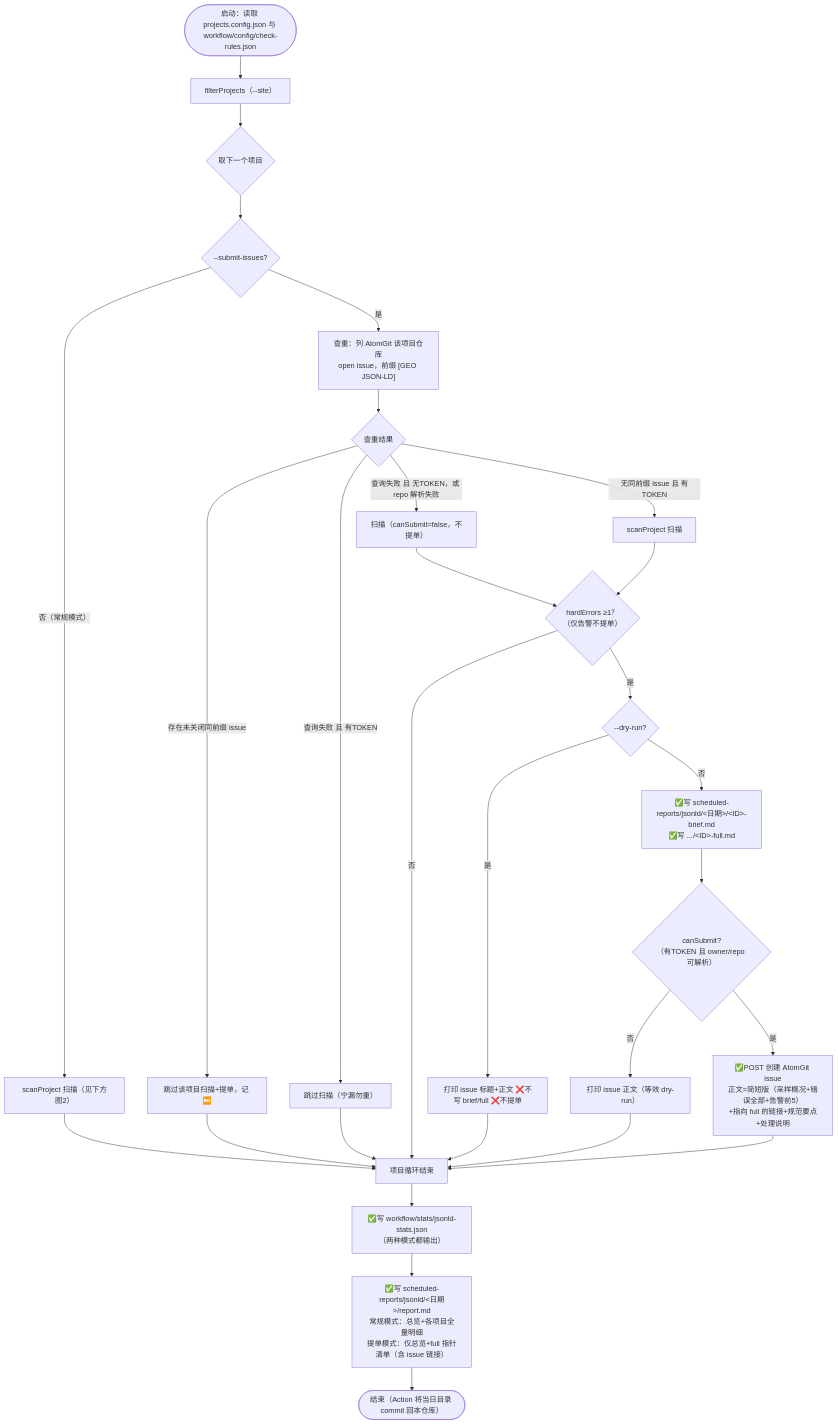
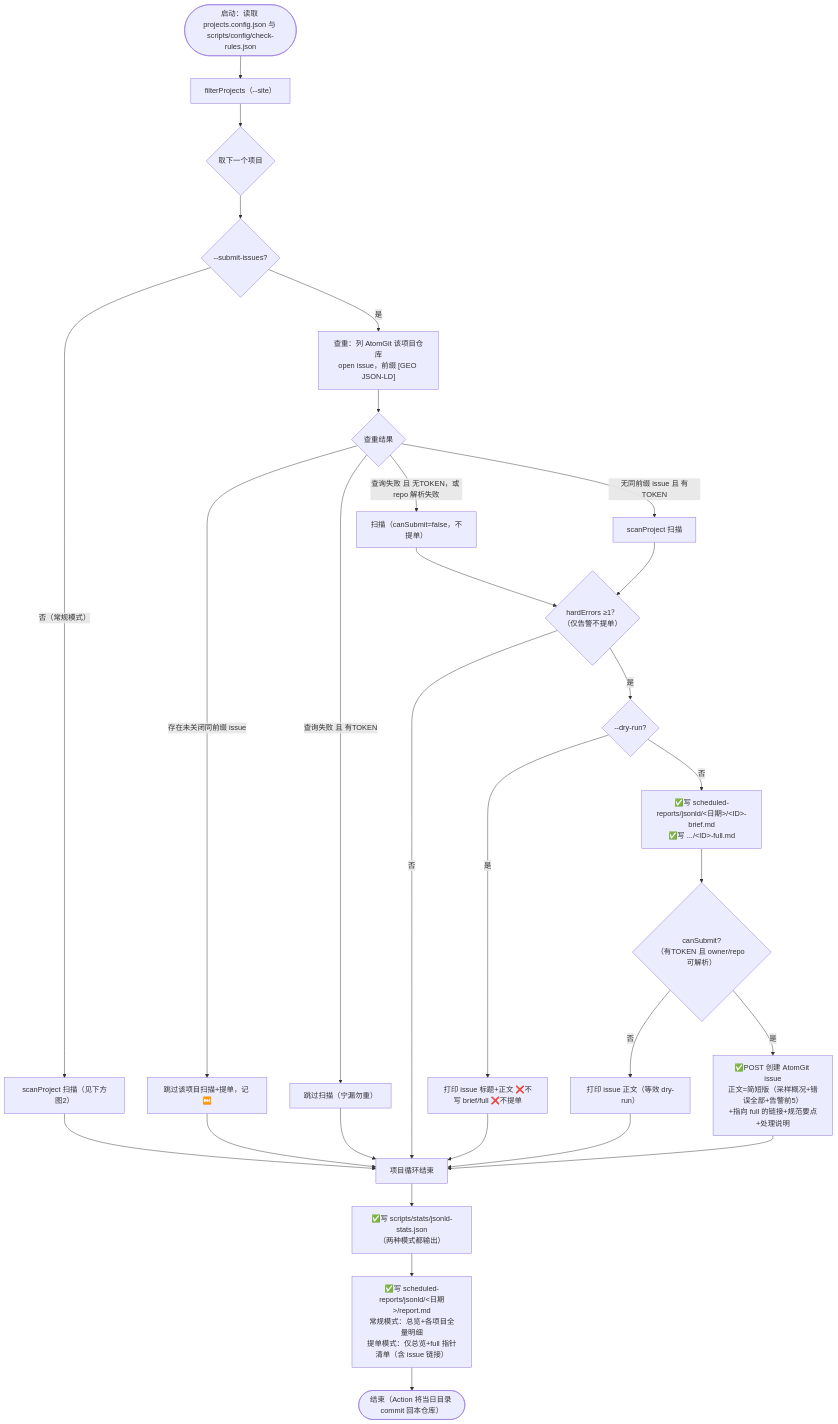
The first of 2 diagrams in measures/04-json-ld/工具与脚本.md (opensourceways/daily-check-workflow), drawn with Mermaid before and after one commit. The commit also changed other lines of this file and 65 other files, not shown here.

Commit message:
refactor: workflow/ 更名为 scripts/、检查脚本移至 scripts/checks/，package.json/pnpm-lock.yaml 上移仓库根作为 Node 项目根，同步更新 Actions、看板、文档与 skill 中的路径

````diff
--- a/measures/04-json-ld/工具与脚本.md
+++ b/measures/04-json-ld/工具与脚本.md
@@ -60,34 +60,34 @@
 ```mermaid
 flowchart TD
-    S(["启动：读取 projects.config.json 与 workflow/config/check-rules.json"]) --> FLT["filterProjects（--site）"]
+    S(["启动：读取 projects.config.json 与 scripts/config/check-rules.json"]) --> FLT["filterProjects（--site）"]
     FLT --> LOOP{"取下一个项目"}
     LOOP --> MODE{"--submit-issues?"}
 
     MODE -->|"否（常规模式）"| SCAN["scanProject 扫描（见下方图2）"]
     SCAN --> LOOP2["项目循环结束"]
 
     MODE -->|"是"| PRE["查重：列 AtomGit 该项目仓库<br/>open issue，前缀 [GEO JSON-LD]"]
     PRE --> PR{"查重结果"}
     PR -->|"存在未关闭同前缀 issue"| SKIP["跳过该项目扫描+提单，记 ⏭️"]
     PR -->|"查询失败 且 有TOKEN"| SKIP2["跳过扫描（宁漏勿重）"]
     PR -->|"查询失败 且 无TOKEN，或 repo 解析失败"| SCAN2["扫描（canSubmit=false，不提单）"]
     PR -->|"无同前缀 issue 且 有TOKEN"| SCAN3["scanProject 扫描"]
     SCAN2 --> HIT
     SCAN3 --> HIT{"hardErrors ≥1？<br/>（仅告警不提单）"}
     HIT -->|"否"| LOOP2
     HIT -->|"是"| DR{"--dry-run?"}
     DR -->|"是"| P1["打印 issue 标题+正文 ❌不写 brief/full ❌不提单"]
     DR -->|"否"| BF["✅写 scheduled-reports/jsonld/&lt;日期&gt;/&lt;ID&gt;-brief.md<br/>✅写 .../&lt;ID&gt;-full.md"]
     BF --> CS{"canSubmit?<br/>（有TOKEN 且 owner/repo 可解析）"}
     CS -->|"否"| P2["打印 issue 正文（等效 dry-run）"]
     CS -->|"是"| ISSUE["✅POST 创建 AtomGit issue<br/>正文=简短版（采样概况+错误全部+告警前5）<br/>+指向 full 的链接+规范要点+处理说明"]
 
     SKIP --> LOOP2
     SKIP2 --> LOOP2
     P1 --> LOOP2
     P2 --> LOOP2
     ISSUE --> LOOP2
-    LOOP2 --> STATS["✅写 workflow/stats/jsonld-stats.json<br/>（两种模式都输出）"]
+    LOOP2 --> STATS["✅写 scripts/stats/jsonld-stats.json<br/>（两种模式都输出）"]
     STATS --> RPT["✅写 scheduled-reports/jsonld/&lt;日期&gt;/report.md<br/>常规模式：总览+各项目全量明细<br/>提单模式：仅总览+full 指针清单（含 issue 链接）"]
     RPT --> END(["结束（Action 将当日目录 commit 回本仓库）"])
 ```
````
